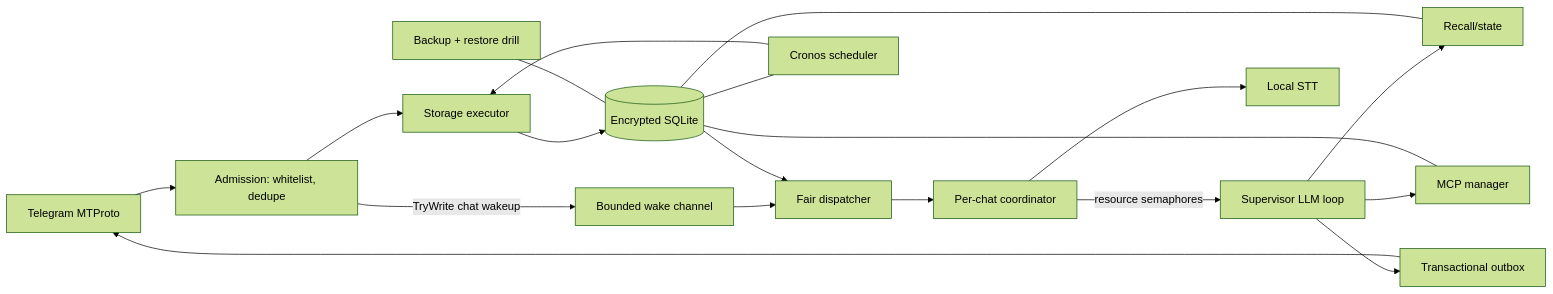
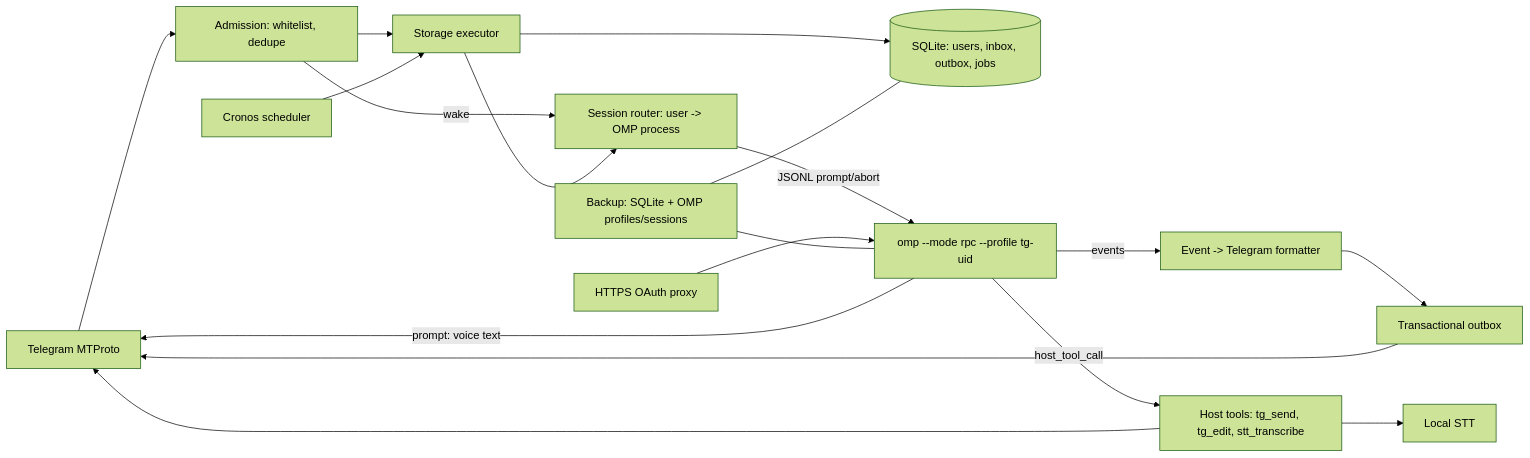
One commit to Keroosha/phos-assistant changed the diagram in docs/research-plan.md. Above: the diagram before and after it, drawn with Mermaid (forest theme). The commit also changed other lines of this file, not shown here.

Commit message:
docs: research plan v2 — OMP as agent harness, phos = Telegram frontend

````diff
--- a/docs/research-plan.md
+++ b/docs/research-plan.md
@@ -327,21 +311,20 @@
 ```mermaid
 flowchart LR
     TG[Telegram MTProto] --> ADMIT[Admission: whitelist, dedupe]
     ADMIT --> DBX[Storage executor]
-    DBX --> DB[(Encrypted SQLite)]
-    ADMIT -->|TryWrite chat wakeup| WAKE[Bounded wake channel]
-    WAKE --> DISP[Fair dispatcher]
-    DB --> DISP
-    DISP --> CHAT[Per-chat coordinator]
-    CHAT -->|resource semaphores| AGENT[Supervisor LLM loop]
-    CHAT --> STT[Local STT]
-    AGENT --> MEM[Recall/state]
-    AGENT --> MCP[MCP manager]
+    DBX --> DB[(SQLite: users, inbox, outbox, jobs)]
+    ADMIT -->|wake| ROUTER[Session router: user -> OMP process]
+    DBX --> ROUTER
+    ROUTER -->|JSONL prompt/abort| OMP[omp --mode rpc --profile tg-uid]
+    OMP -->|events| STREAM[Event -> Telegram formatter]
+    STREAM --> OUT[Transactional outbox]
+    OUT --> TG
+    OMP -->|host_tool_call| TOOLS[Host tools: tg_send, tg_edit, stt_transcribe]
+    TOOLS --> TG
+    TOOLS --> STT[Local STT]
+    OMP -->|prompt: voice text| TG
+    OAUTH[HTTPS OAuth proxy] --> OMP
     SCHED[Cronos scheduler] --> DBX
-    AGENT --> OUT[Transactional outbox]
-    OUT --> TG
-    DB --- MEM
-    DB --- MCP
-    DB --- SCHED
-    BACKUP[Backup + restore drill] --- DB
+    BACKUP[Backup: SQLite + OMP profiles/sessions] --- DB
+    BACKUP --- OMP
 ```
````
